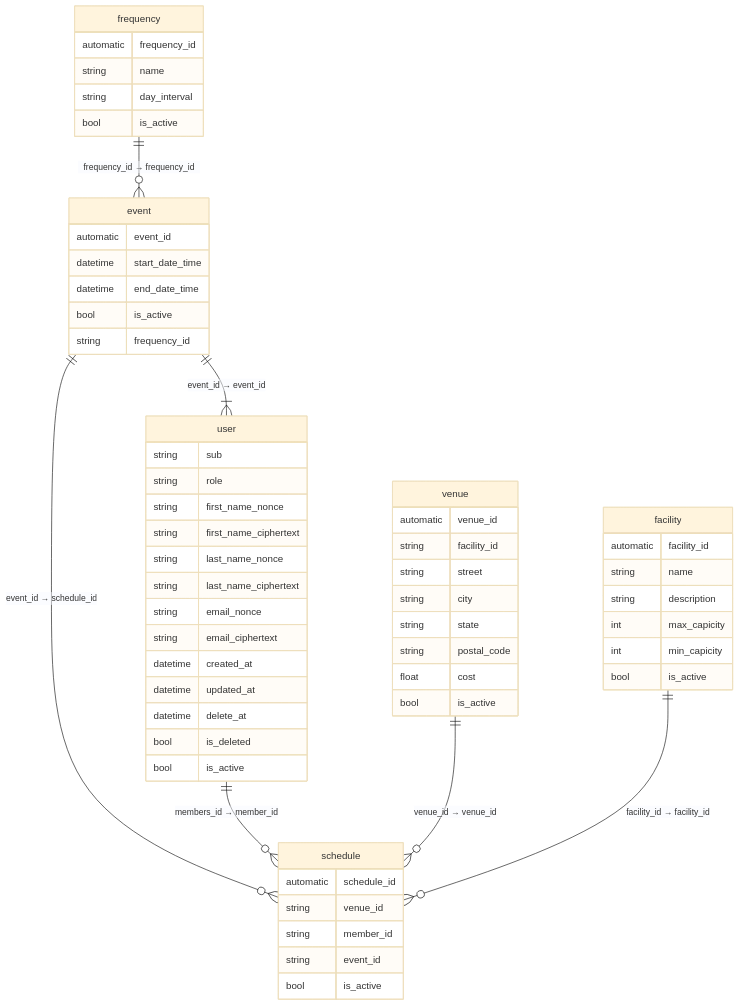
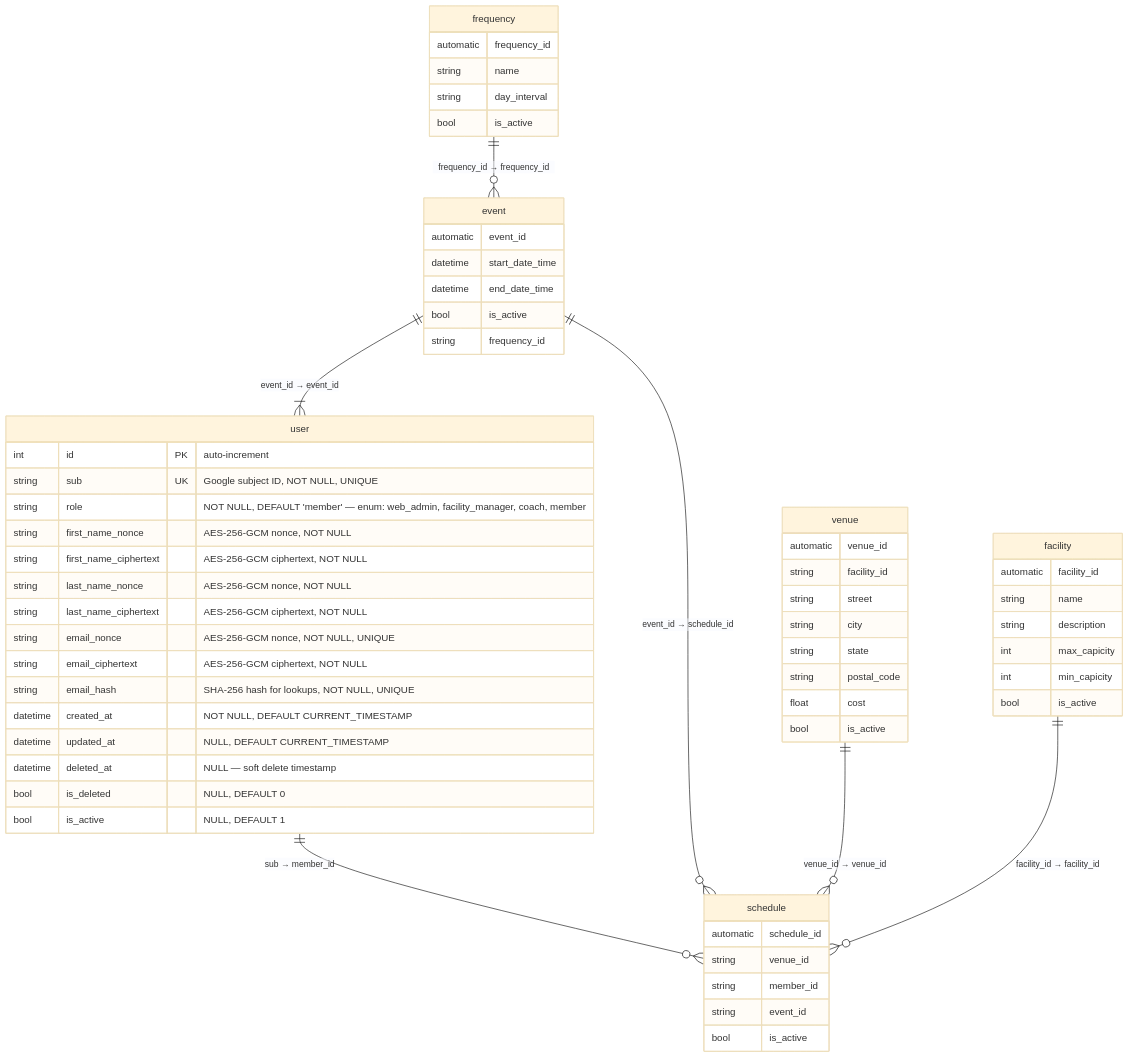
Before and after one commit to pbaletkeman/swimlane: the diagram in docs/erd.mmd, drawn with Mermaid (base theme).

Commit message:
docs: update ERD to match actual user schema and mark planned entities
- Add id (PK, auto-increment) and email_hash fields
- Fix deleted_at typo
- Add NOT NULL, UNIQUE, DEFAULT constraints matching DDL
- Add AES-256-GCM and SHA-256 field annotations
- Mark frequency, event, venue, facility, schedule as planned (not yet implemented)

```diff
--- a/docs/erd.mmd
+++ b/docs/erd.mmd
@@ -1,62 +1,68 @@
 erDiagram
+    %% Implemented entities (exist in codebase)
+    user ||--o{ schedule : "sub → member_id"
+
+    %% Planned entities (not yet implemented — design roadmap)
     frequency ||--o{ event : "frequency_id → frequency_id"
     event ||--|{ user : "event_id → event_id"
     event ||--o{ schedule : "event_id → schedule_id"
-    user ||--o{ schedule : "members_id → member_id"
     venue ||--o{ schedule : "venue_id → venue_id"
     facility ||--o{ schedule : "facility_id → facility_id"
 
+
+    user {
+        int id PK "auto-increment"
+        string sub UK "Google subject ID, NOT NULL, UNIQUE"
+        string role "NOT NULL, DEFAULT 'member' — enum: web_admin, facility_manager, coach, member"
+        string first_name_nonce "AES-256-GCM nonce, NOT NULL"
+        string first_name_ciphertext "AES-256-GCM ciphertext, NOT NULL"
+        string last_name_nonce "AES-256-GCM nonce, NOT NULL"
+        string last_name_ciphertext "AES-256-GCM ciphertext, NOT NULL"
+        string email_nonce "AES-256-GCM nonce, NOT NULL, UNIQUE"
+        string email_ciphertext "AES-256-GCM ciphertext, NOT NULL"
+        string email_hash "SHA-256 hash for lookups, NOT NULL, UNIQUE"
+        datetime created_at "NOT NULL, DEFAULT CURRENT_TIMESTAMP"
+        datetime updated_at "NULL, DEFAULT CURRENT_TIMESTAMP"
+        datetime deleted_at "NULL — soft delete timestamp"
+        bool is_deleted "NULL, DEFAULT 0"
+        bool is_active "NULL, DEFAULT 1"
+    }
 
     frequency {
         automatic frequency_id
         string name
         string day_interval
         bool is_active
     }
     event {
         automatic event_id
         datetime start_date_time
         datetime end_date_time
         bool is_active
         string frequency_id
-    }
-    user {
-        string sub
-        string role
-        string first_name_nonce
-        string first_name_ciphertext
-        string last_name_nonce
-        string last_name_ciphertext
-        string email_nonce
-        string email_ciphertext
-        datetime created_at
-        datetime updated_at
-        datetime delete_at
-        bool is_deleted
-        bool is_active
     }
     venue {
         automatic venue_id
         string facility_id
         string street
         string city
         string state
         string postal_code
         float cost
         bool is_active
     }
     facility {
         automatic facility_id
         string name
         string description
         int max_capicity
         int min_capicity
         bool is_active
     }
     schedule {
         automatic schedule_id
         string venue_id
         string member_id
         string event_id
         bool is_active
     }
```
